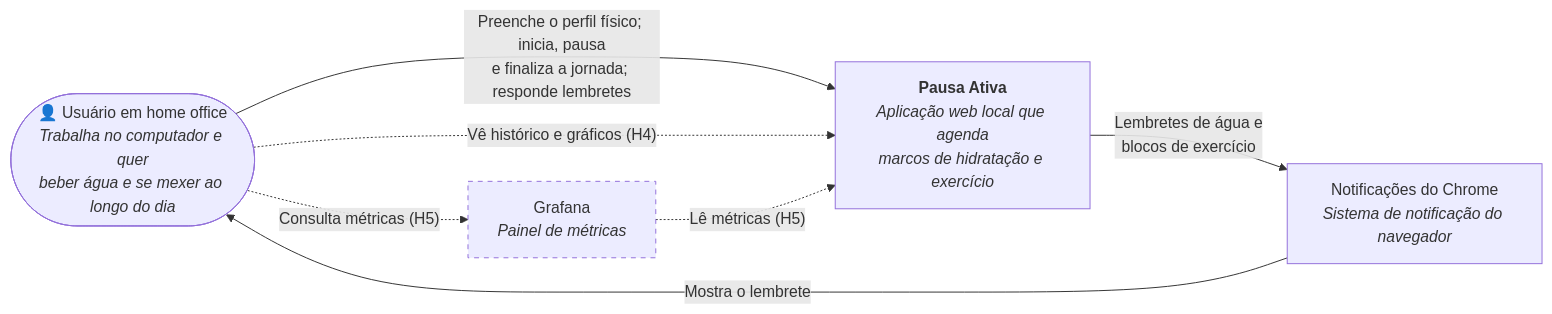
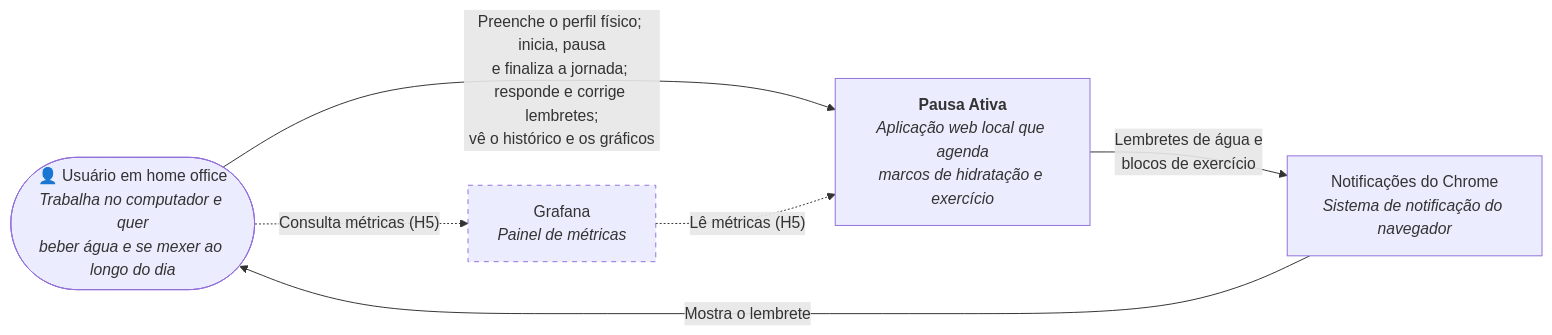
One commit to lincolnnaraujo/pausa-ativa changed the diagram in docs/arquitetura/c4-1-contexto.md. Above: the diagram before and after it, drawn with Mermaid. The commit also changed other lines of this file and 12 other files, not shown here.

````diff
--- a/docs/arquitetura/c4-1-contexto.md
+++ b/docs/arquitetura/c4-1-contexto.md
@@ -5,17 +5,16 @@
 ```mermaid
 flowchart LR
     U(["👤 Usuário em home office<br/><i>Trabalha no computador e quer<br/>beber água e se mexer ao longo do dia</i>"])
     S["<b>Pausa Ativa</b><br/><i>Aplicação web local que agenda<br/>marcos de hidratação e exercício</i>"]
     N["Notificações do Chrome<br/><i>Sistema de notificação do navegador</i>"]
     G["Grafana<br/><i>Painel de métricas</i>"]
 
-    U -->|"Preenche o perfil físico; inicia, pausa<br/>e finaliza a jornada; responde lembretes"| S
-    U -.->|"Vê histórico e gráficos (H4)"| S
+    U -->|"Preenche o perfil físico; inicia, pausa<br/>e finaliza a jornada; responde e corrige lembretes;<br/>vê o histórico e os gráficos"| S
     S -->|"Lembretes de água e<br/>blocos de exercício"| N
     N -->|"Mostra o lembrete"| U
     U -.->|"Consulta métricas (H5)"| G
     G -.->|"Lê métricas (H5)"| S
 
     classDef futuro stroke-dasharray: 5 5
     class G futuro
 ```
````
